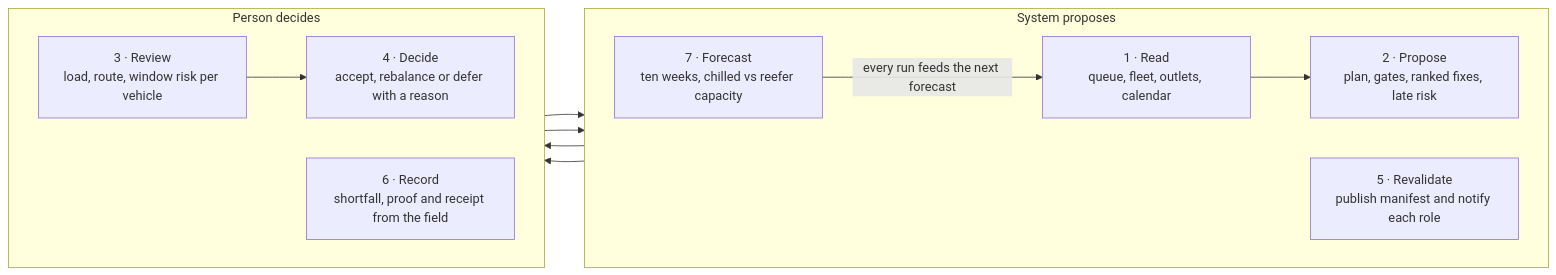
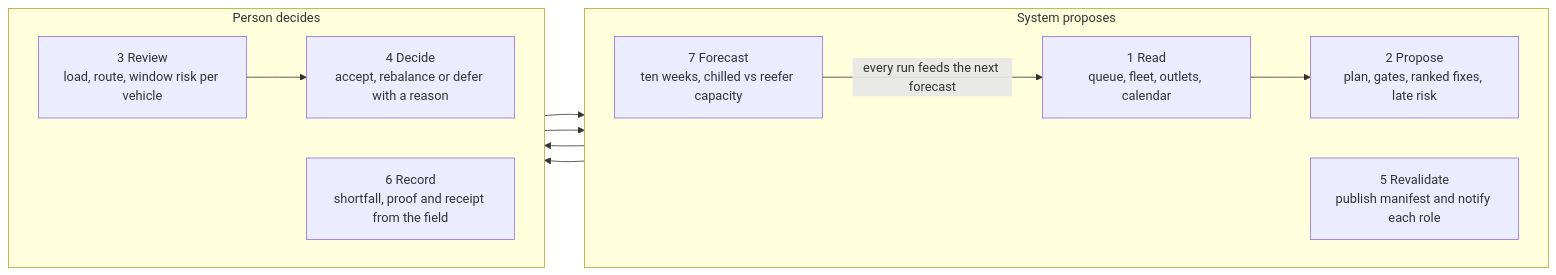
One commit to Pasidu-Mihiranga/TechTrithalon changed the seventh of 7 diagrams in docs/designathon-rationale-diagrams-styleguide.md. Above: the diagram before and after it, drawn with Mermaid. The commit also changed other lines of this file, not shown here.

````diff
--- a/docs/designathon-rationale-diagrams-styleguide.md
+++ b/docs/designathon-rationale-diagrams-styleguide.md
@@ -241,19 +495,19 @@
 ```mermaid
 flowchart LR
   subgraph SYS["System proposes"]
     direction LR
-    A1["1 · Read<br/>queue, fleet, outlets, calendar"] --> A2["2 · Propose<br/>plan, gates, ranked fixes, late risk"]
-    A5["5 · Revalidate<br/>publish manifest and notify each role"]
-    A7["7 · Forecast<br/>ten weeks, chilled vs reefer capacity"]
+    A1["1 Read<br/>queue, fleet, outlets, calendar"] --> A2["2 Propose<br/>plan, gates, ranked fixes, late risk"]
+    A5["5 Revalidate<br/>publish manifest and notify each role"]
+    A7["7 Forecast<br/>ten weeks, chilled vs reefer capacity"]
   end
   subgraph HUM["Person decides"]
     direction LR
-    B3["3 · Review<br/>load, route, window risk per vehicle"] --> B4["4 · Decide<br/>accept, rebalance or defer with a reason"]
-    B6["6 · Record<br/>shortfall, proof and receipt from the field"]
+    B3["3 Review<br/>load, route, window risk per vehicle"] --> B4["4 Decide<br/>accept, rebalance or defer with a reason"]
+    B6["6 Record<br/>shortfall, proof and receipt from the field"]
   end
   A2 --> B3
   B4 --> A5
   A5 --> B6
   B6 --> A7
   A7 -- every run feeds the next forecast --> A1
 ```
````
